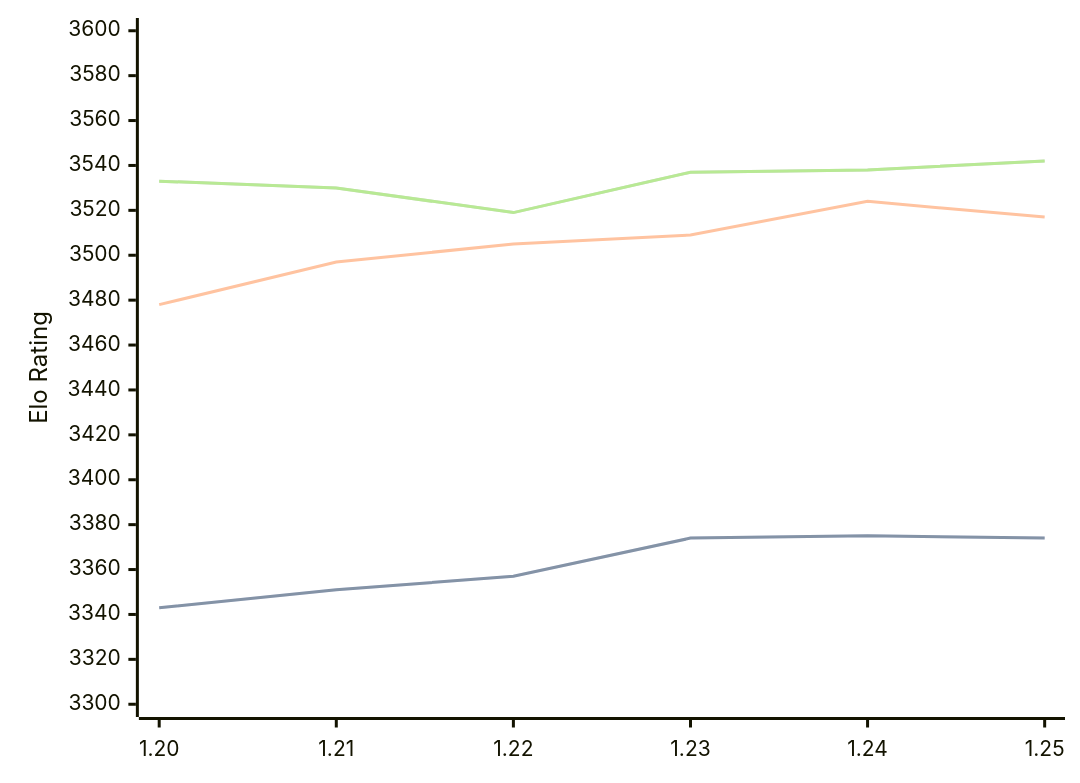
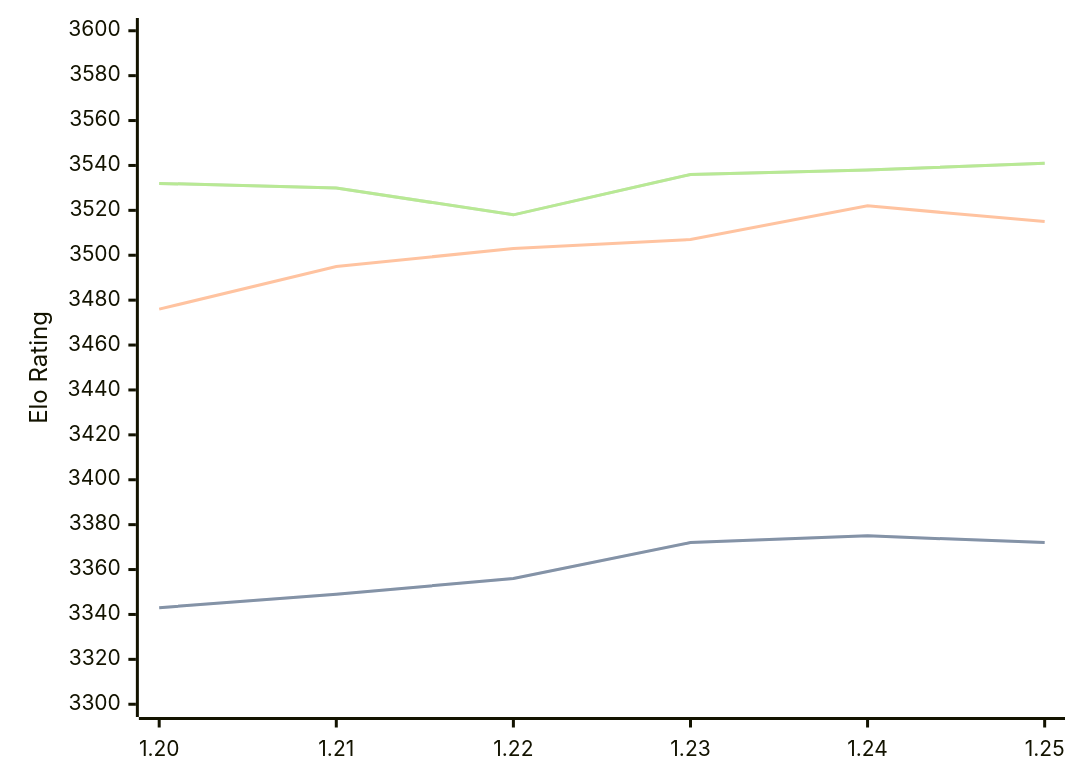
One commit to computer-chess-index/cci changed the diagram in engines/Caissa.md. Above: the diagram before and after it, drawn with Mermaid. The commit also changed other lines of this file, not shown here.

Commit message:
Update CCI Ratings (ELO VLTC) - 2026-06-07

````diff
--- a/engines/Caissa.md
+++ b/engines/Caissa.md
@@ -65,11 +65,11 @@
 ```mermaid
 %%{init: {"theme":"base","themeVariables":{"seriesColors:['#a3a3a3','#222221','#faa371']}}}%%
 xychart-beta
   x-axis ["1.20", "1.21", "1.22", "1.23", "1.24", "1.25"]
   y-axis "Elo Rating" 3300 --> 3600
-  line "STC (8.0+0.08s)" [3343, 3351, 3357, 3374, 3375, 3374]
-  line "STC (8.0+0.08s)" [3343, 3351, 3357, 3374, 3375, 3374]
-  line "LTC (60.0+0.60s)" [3478, 3497, 3505, 3509, 3524, 3517]
-  line "VLTC (2m24s+1.12s)" [3533, 3530, 3519, 3537, 3538, 3542]
-  line "VLTC (2m24s+1.12s)" [3533, 3530, 3519, 3537, 3538, 3542]
+  line "STC (8.0+0.08s)" [3343, 3349, 3356, 3372, 3375, 3372]
+  line "STC (8.0+0.08s)" [3343, 3349, 3356, 3372, 3375, 3372]
+  line "LTC (60.0+0.60s)" [3476, 3495, 3503, 3507, 3522, 3515]
+  line "VLTC (2m24s+1.12s)" [3532, 3530, 3518, 3536, 3538, 3541]
+  line "VLTC (2m24s+1.12s)" [3532, 3530, 3518, 3536, 3538, 3541]
 ```
````
